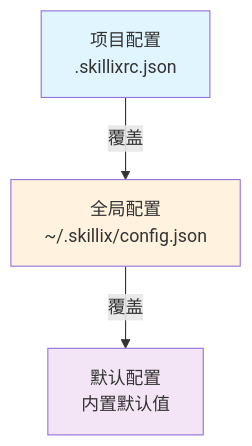
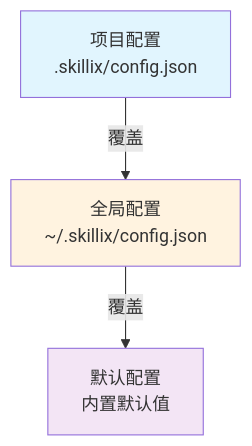
One commit to shetengteng/skillix-mcp changed the sixth of 6 diagrams in design/02-设计/20260111-03-自动创建与进化设计.md. Above: the diagram before and after it, drawn with Mermaid. The commit also changed other lines of this file, not shown here.

````diff
--- a/design/02-设计/20260111-03-自动创建与进化设计.md
+++ b/design/02-设计/20260111-03-自动创建与进化设计.md
@@ -444,9 +490,9 @@
 ```mermaid
 flowchart TD
-    A[项目配置<br/>.skillixrc.json] -->|覆盖| B[全局配置<br/>~/.skillix/config.json]
+    A[项目配置<br/>.skillix/config.json] -->|覆盖| B[全局配置<br/>~/.skillix/config.json]
     B -->|覆盖| C[默认配置<br/>内置默认值]
     
     style A fill:#e1f5fe
     style B fill:#fff3e0
     style C fill:#f3e5f5
 ```
````
